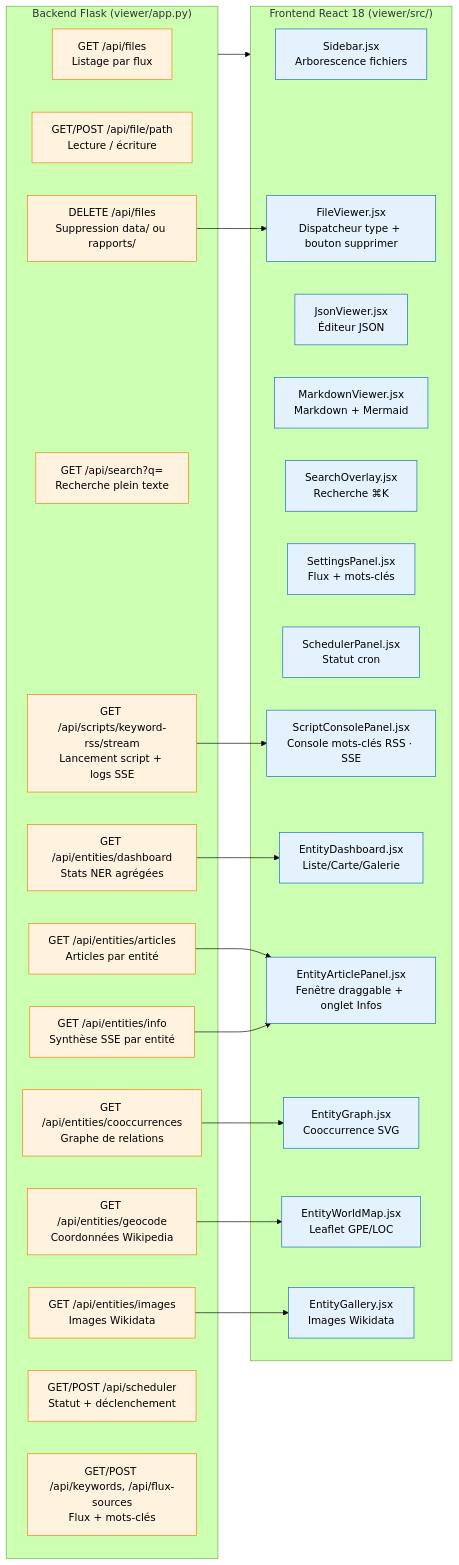
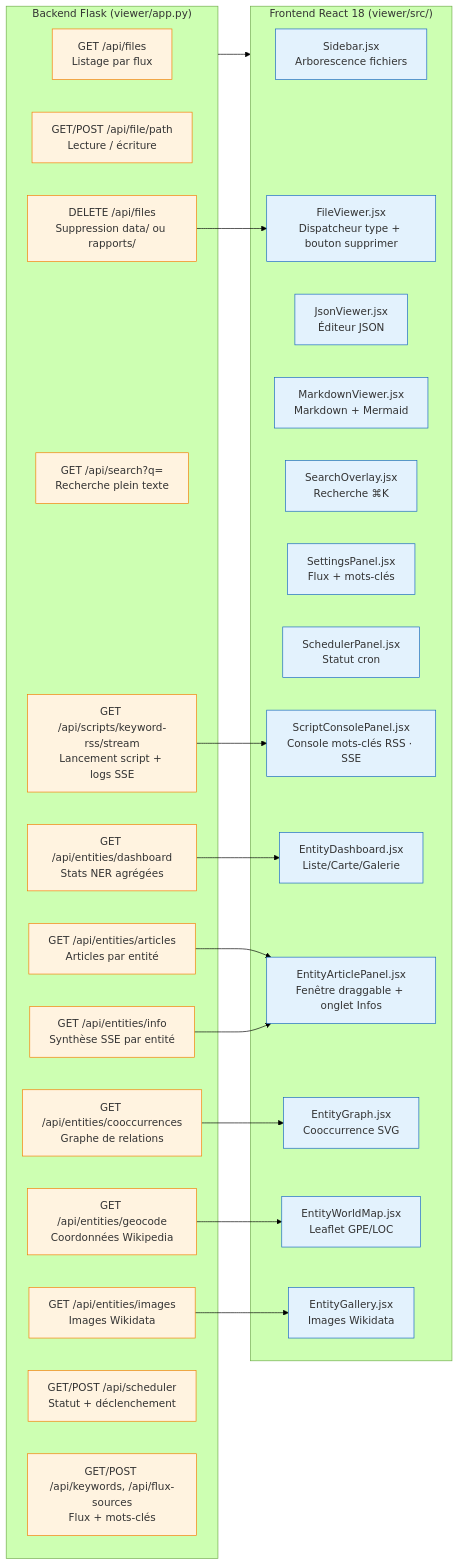
One commit to pat-the-geek/WUDD.ai changed the seventh of 11 diagrams in docs/ARCHITECTURE.md. Above: the diagram before and after it, drawn with Mermaid (forest theme). The commit also changed other lines of this file and 7 other files, not shown here.

First line of the commit message:
fix(mermaid): correction couleurs classDef selon luminance WCAG

````diff
--- a/docs/ARCHITECTURE.md
+++ b/docs/ARCHITECTURE.md
@@ -816,49 +816,49 @@
 ```mermaid
 flowchart LR
     subgraph BACKEND["Backend Flask (viewer/app.py)"]
         API_FILES["GET /api/files\nListage par flux"]
         API_FILE["GET/POST /api/file/path\nLecture / écriture"]
         API_DEL["DELETE /api/files\nSuppression data/ ou rapports/"]
         API_SEARCH["GET /api/search?q=\nRecherche plein texte"]
         API_ENT["GET /api/entities/dashboard\nStats NER agrégées"]
         API_ENT_ART["GET /api/entities/articles\nArticles par entité"]
         API_GEO["GET /api/entities/geocode\nCoordonnées Wikipedia"]
         API_IMG["GET /api/entities/images\nImages Wikidata"]
         API_COOC["GET /api/entities/cooccurrences\nGraphe de relations"]
         API_INFO["GET /api/entities/info\nSynthèse SSE par entité"]
         API_SCRIPT["GET /api/scripts/keyword-rss/stream\nLancement script + logs SSE"]
         API_SCHED["GET/POST /api/scheduler\nStatut + déclenchement"]
         API_CFG["GET/POST /api/keywords, /api/flux-sources\nFlux + mots-clés"]
     end
 
     subgraph FRONTEND["Frontend React 18 (viewer/src/)"]
         SIDEBAR["Sidebar.jsx\nArborescence fichiers"]
         FILEVIEW["FileViewer.jsx\nDispatcheur type + bouton supprimer"]
         JSONVIEW["JsonViewer.jsx\nÉditeur JSON"]
         MDVIEW["MarkdownViewer.jsx\nMarkdown + Mermaid"]
         SEARCH_OV["SearchOverlay.jsx\nRecherche ⌘K"]
         SETTINGS["SettingsPanel.jsx\nFlux + mots-clés"]
         SCHEDPAN["SchedulerPanel.jsx\nStatut cron"]
         SCRIPT_CON["ScriptConsolePanel.jsx\nConsole mots-clés RSS · SSE"]
         E_DASH["EntityDashboard.jsx\nListe/Carte/Galerie"]
         E_PANEL["EntityArticlePanel.jsx\nFenêtre draggable + onglet Infos"]
         E_GRAPH["EntityGraph.jsx\nCooccurrence SVG"]
         E_MAP["EntityWorldMap.jsx\nLeaflet GPE/LOC"]
         E_GALL["EntityGallery.jsx\nImages Wikidata"]
     end
 
     BACKEND --> FRONTEND
     API_ENT --> E_DASH
     API_ENT_ART --> E_PANEL
     API_INFO --> E_PANEL
     API_COOC --> E_GRAPH
     API_GEO --> E_MAP
     API_IMG --> E_GALL
     API_DEL --> FILEVIEW
     API_SCRIPT --> SCRIPT_CON
 
-    classDef be fill:#fff3e0,stroke:#f57c00,stroke-width:1px
-    classDef fe fill:#e3f2fd,stroke:#1565c0,stroke-width:1px
+    classDef be fill:#fff3e0,stroke:#f57c00,stroke-width:1px,color:#333333
+    classDef fe fill:#e3f2fd,stroke:#1565c0,stroke-width:1px,color:#333333
     class API_FILES,API_FILE,API_DEL,API_SEARCH,API_ENT,API_ENT_ART,API_GEO,API_IMG,API_COOC,API_INFO,API_SCRIPT,API_SCHED,API_CFG be
     class SIDEBAR,FILEVIEW,JSONVIEW,MDVIEW,SEARCH_OV,SETTINGS,SCHEDPAN,SCRIPT_CON,E_DASH,E_PANEL,E_GRAPH,E_MAP,E_GALL fe
 ```
````
